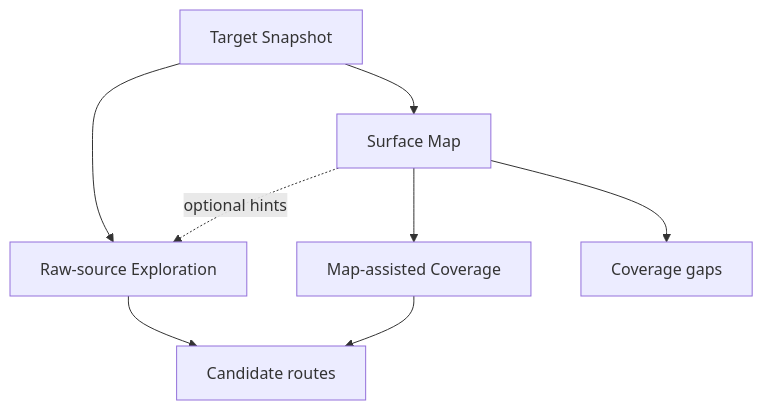
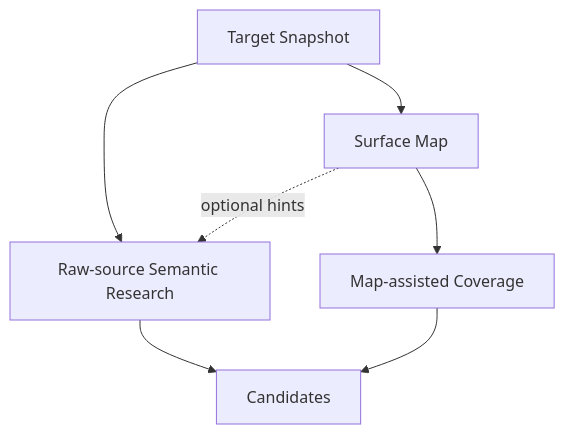
Before and after one commit to momoponwork1415-lgtm/wordpress-harness: the diagram in docs/design/source-mapping-seam.md, drawn with Mermaid. The commit also changed other lines of this file and 5 other files, not shown here.

````diff
--- a/docs/design/source-mapping-seam.md
+++ b/docs/design/source-mapping-seam.md
@@ -19,15 +19,7 @@
 ```mermaid
 flowchart TB
-    snapshot["Target Snapshot"]
-    raw["Raw-source Exploration"]
-    map["Surface Map"]
-    assisted["Map-assisted Coverage"]
-    candidates["Candidate routes"]
-    gaps["Coverage gaps"]
-
-    snapshot --> raw --> candidates
-    snapshot --> map
+    snapshot["Target Snapshot"] --> raw["Raw-source Semantic Research"] --> candidates["Candidates"]
+    snapshot --> map["Surface Map"]
     map -. "optional hints" .-> raw
-    map --> assisted --> candidates
-    map --> gaps
+    map --> coverage["Map-assisted Coverage"] --> candidates
 ```
````
